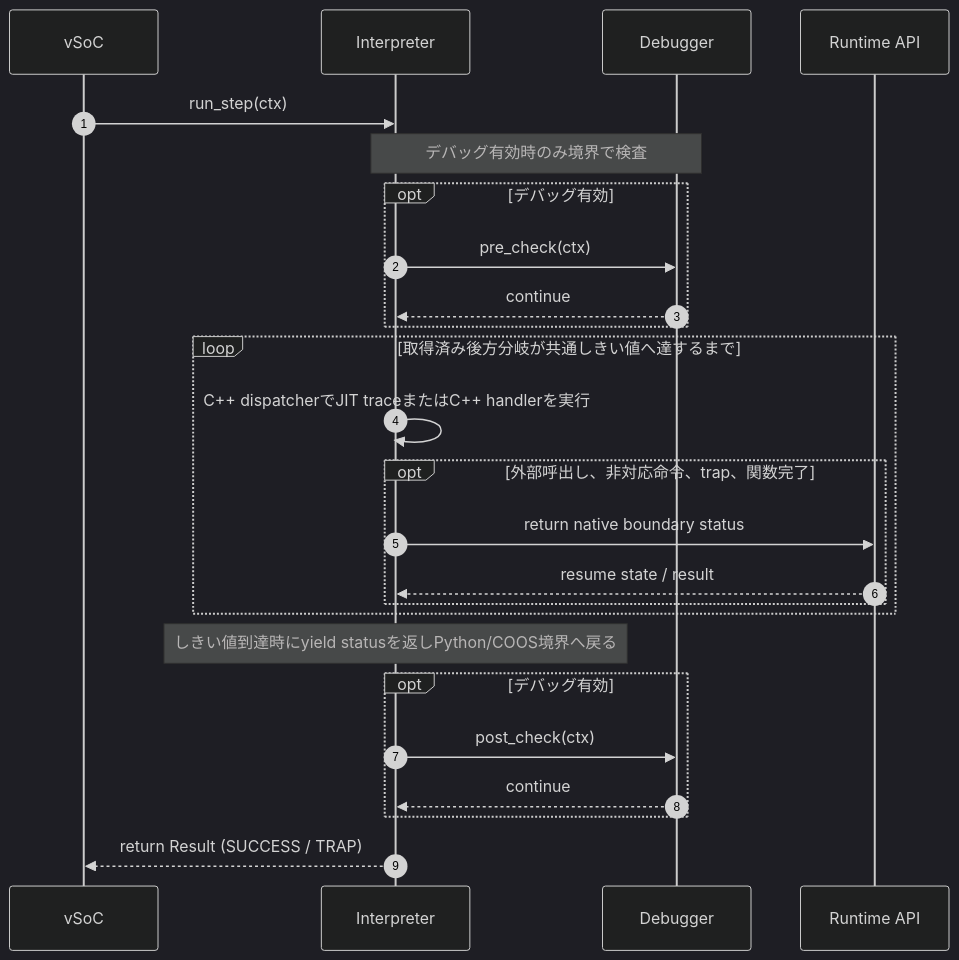
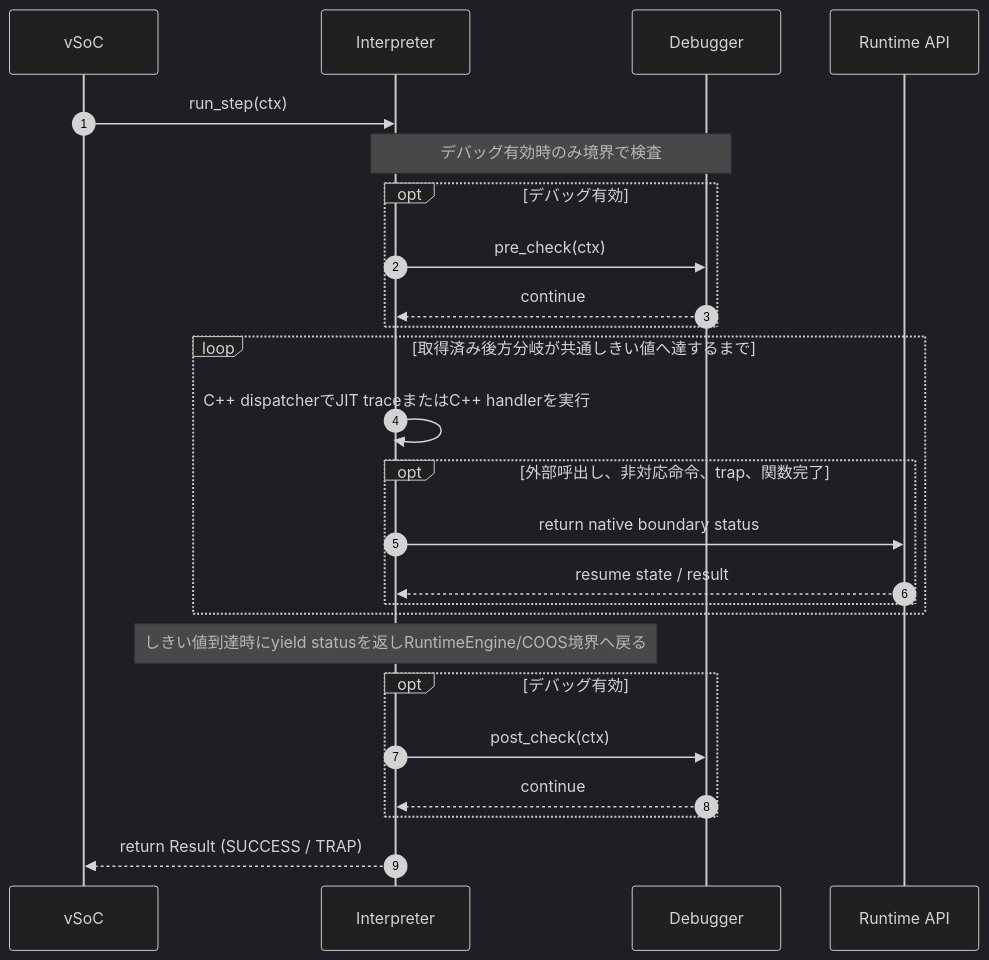
One commit to kmt-t/fireball changed the fourth of 4 diagrams in docs/components/tier3_executer/interpreter.md. Above: the diagram before and after it, drawn with Mermaid (dark theme). The commit also changed other lines of this file and 19 other files, not shown here.

````diff
--- a/docs/components/tier3_executer/interpreter.md
+++ b/docs/components/tier3_executer/interpreter.md
@@ -343,28 +343,28 @@
 ```mermaid
 sequenceDiagram
     autonumber
     participant V as vSoC
     participant I as Interpreter
     participant D as Debugger
     participant R as Runtime API
 
     V->>I: run_step(ctx)
     Note over I,D: デバッグ有効時のみ境界で検査
     opt デバッグ有効
         I->>D: pre_check(ctx)
         D-->>I: continue
     end
     loop 取得済み後方分岐が共通しきい値へ達するまで
         I->>I: C++ dispatcherでJIT traceまたはC++ handlerを実行
         opt 外部呼出し、非対応命令、trap、関数完了
             I->>R: return native boundary status
             R-->>I: resume state / result
         end
     end
-    Note over I: しきい値到達時にyield statusを返しPython/COOS境界へ戻る
+    Note over I: しきい値到達時にyield statusを返しRuntimeEngine/COOS境界へ戻る
     opt デバッグ有効
         I->>D: post_check(ctx)
         D-->>I: continue
     end
     I-->>V: return Result (SUCCESS / TRAP)
 ```
````
